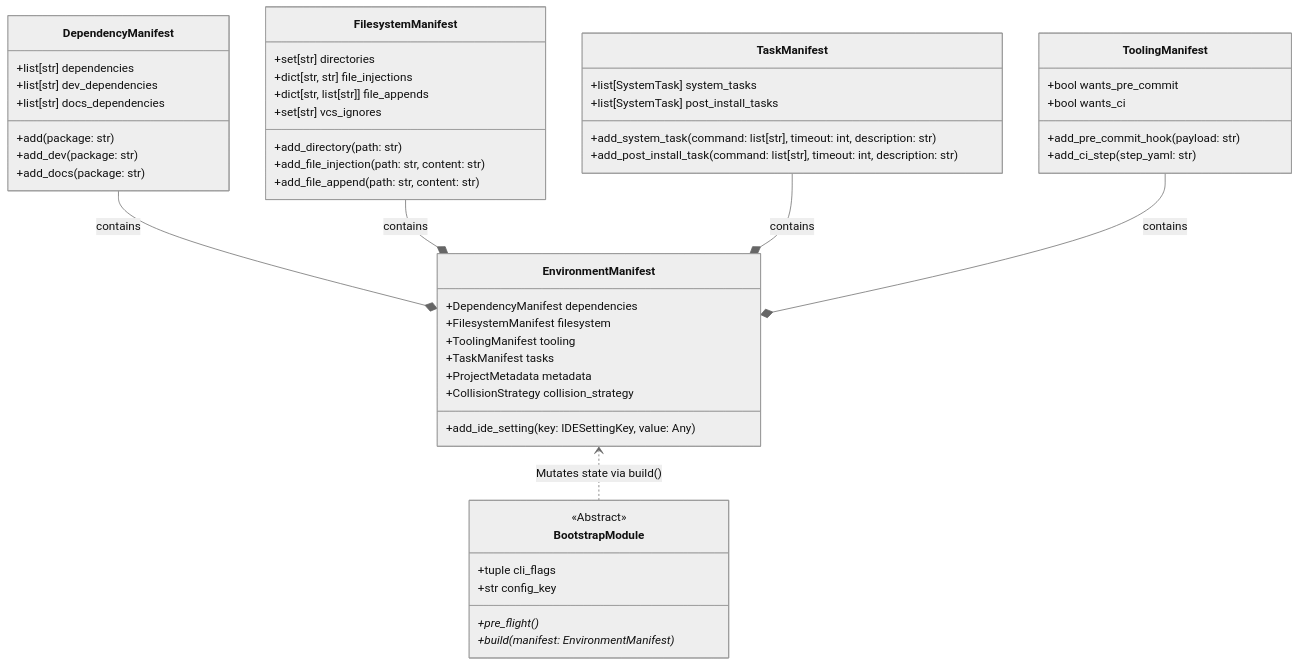
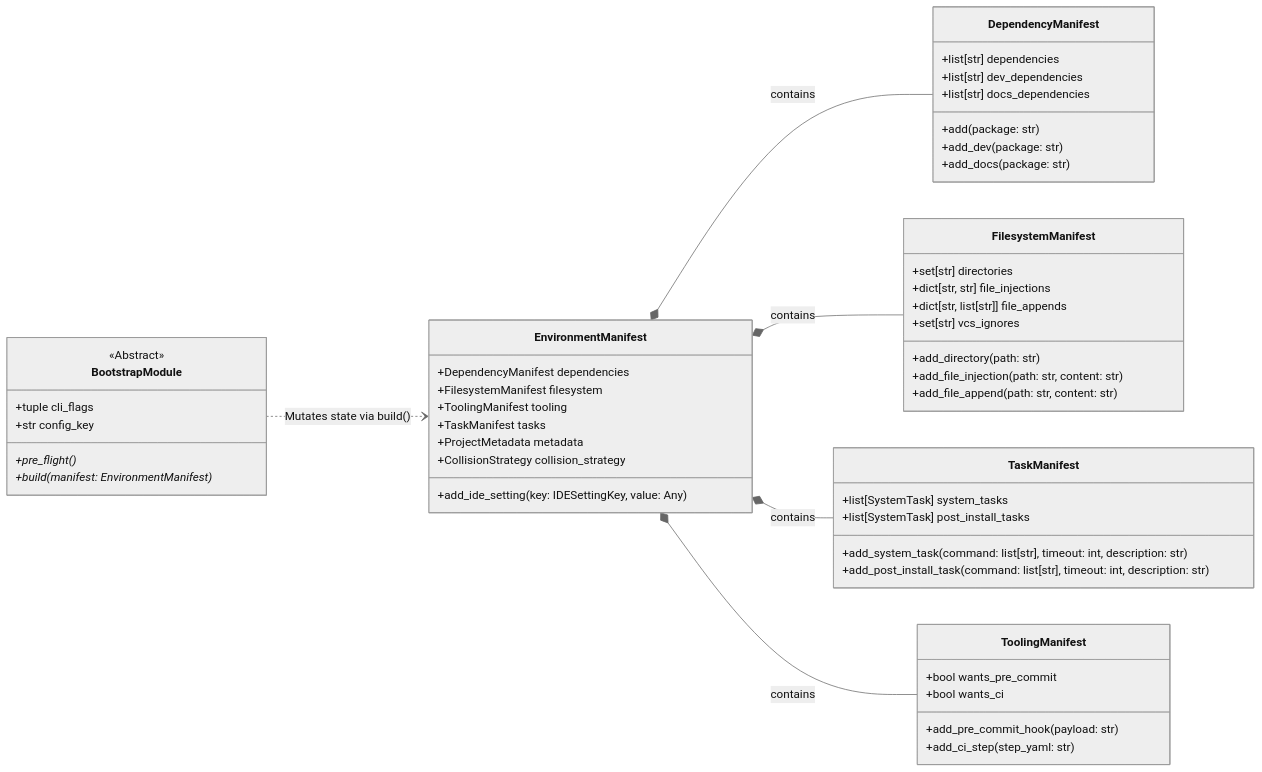
Before and after one commit to JacksonFergusonDev/protostar: the diagram in docs/developer/api-reference.md, drawn with Mermaid (neutral theme). The commit also changed 17 other files, not shown here.

First line of the commit message:
docs: overhaul documentation styling, frontmatter, and mermaid diagrams (#216)

````diff
--- a/docs/developer/api-reference.md
+++ b/docs/developer/api-reference.md
@@ -9,61 +9,61 @@
 ```mermaid
 classDiagram
-    direction BT
+    direction LR
 
     class EnvironmentManifest {
         +DependencyManifest dependencies
         +FilesystemManifest filesystem
         +ToolingManifest tooling
         +TaskManifest tasks
         +ProjectMetadata metadata
         +CollisionStrategy collision_strategy
         +add_ide_setting(key: IDESettingKey, value: Any)
     }
 
     class DependencyManifest {
         +list[str] dependencies
         +list[str] dev_dependencies
         +list[str] docs_dependencies
         +add(package: str)
         +add_dev(package: str)
         +add_docs(package: str)
     }
 
     class FilesystemManifest {
         +set[str] directories
         +dict[str, str] file_injections
         +dict[str, list[str]] file_appends
         +set[str] vcs_ignores
         +add_directory(path: str)
         +add_file_injection(path: str, content: str)
         +add_file_append(path: str, content: str)
     }
 
     class TaskManifest {
         +list[SystemTask] system_tasks
         +list[SystemTask] post_install_tasks
         +add_system_task(command: list[str], timeout: int, description: str)
         +add_post_install_task(command: list[str], timeout: int, description: str)
     }
 
     class ToolingManifest {
         +bool wants_pre_commit
         +bool wants_ci
         +add_pre_commit_hook(payload: str)
         +add_ci_step(step_yaml: str)
     }
 
     class BootstrapModule {
         <<Abstract>>
         +tuple cli_flags
         +str config_key
         +pre_flight()*
         +build(manifest: EnvironmentManifest)*
     }
 
     EnvironmentManifest *-- DependencyManifest : contains
     EnvironmentManifest *-- FilesystemManifest : contains
     EnvironmentManifest *-- TaskManifest : contains
     EnvironmentManifest *-- ToolingManifest : contains
     BootstrapModule ..> EnvironmentManifest : Mutates state via build()
 ```
````
